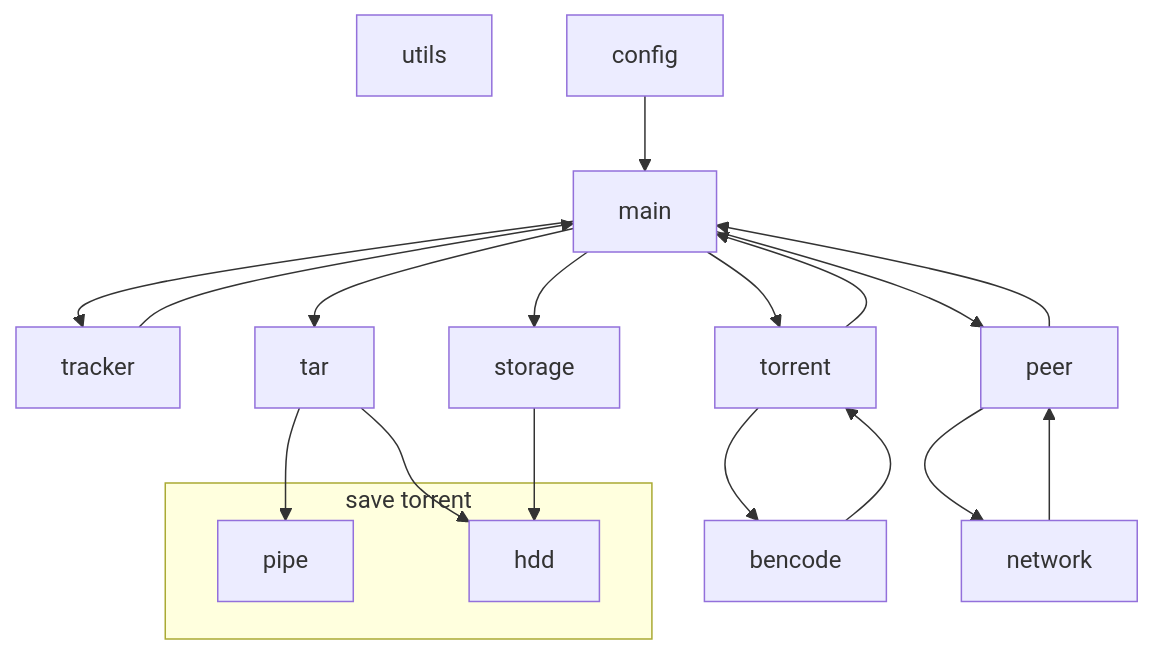
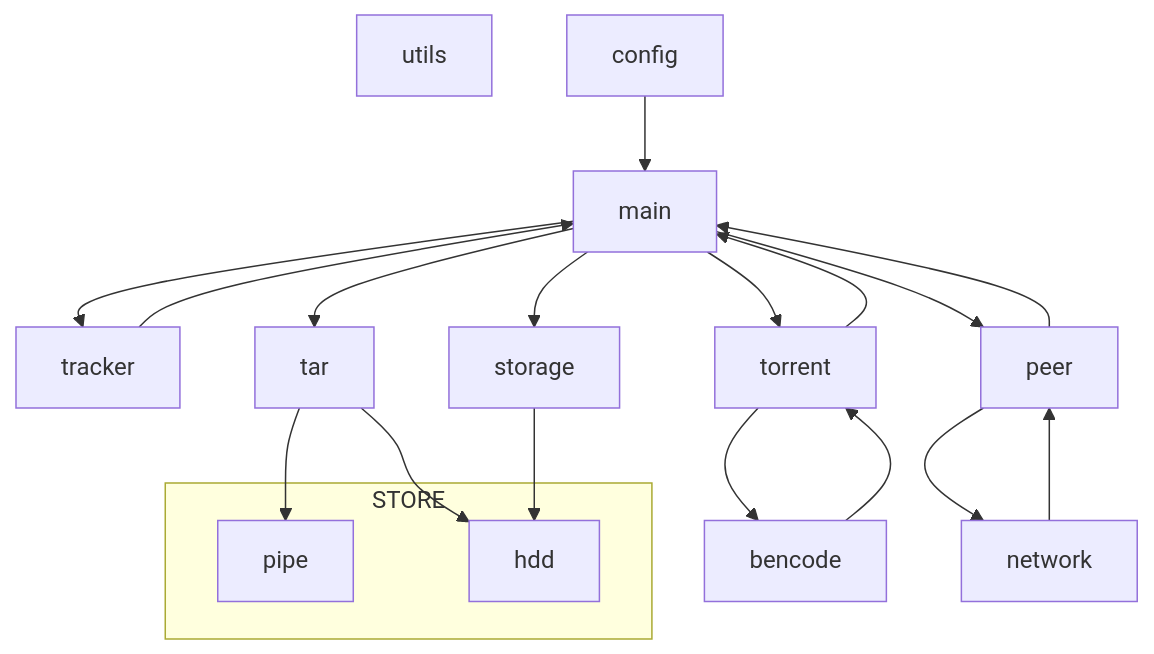
Before and after one commit to molnija3d/C-2025-09-EVGENIY-Z: the diagram in FINAL/README.MD, drawn with Mermaid.

Commit message:
working on markdown

````diff
--- a/FINAL/README.MD
+++ b/FINAL/README.MD
@@ -142,24 +142,24 @@
 ```mermaid
 flowchart TD
  utils
  config --> main
  main --> tracker
  main --> peer
  main --> storage
  main --> tar
  main --> torrent
  tracker --> main
  torrent --> bencode
  torrent --> main
  network --> peer
  peer --> network
  peer --> main
  bencode --> torrent
  tar --> pipe
  tar --> hdd
  storage --> hdd 
-subgraph "save torrent" 
+subgraph STORE 
  pipe
  hdd
  end
 ```
````
